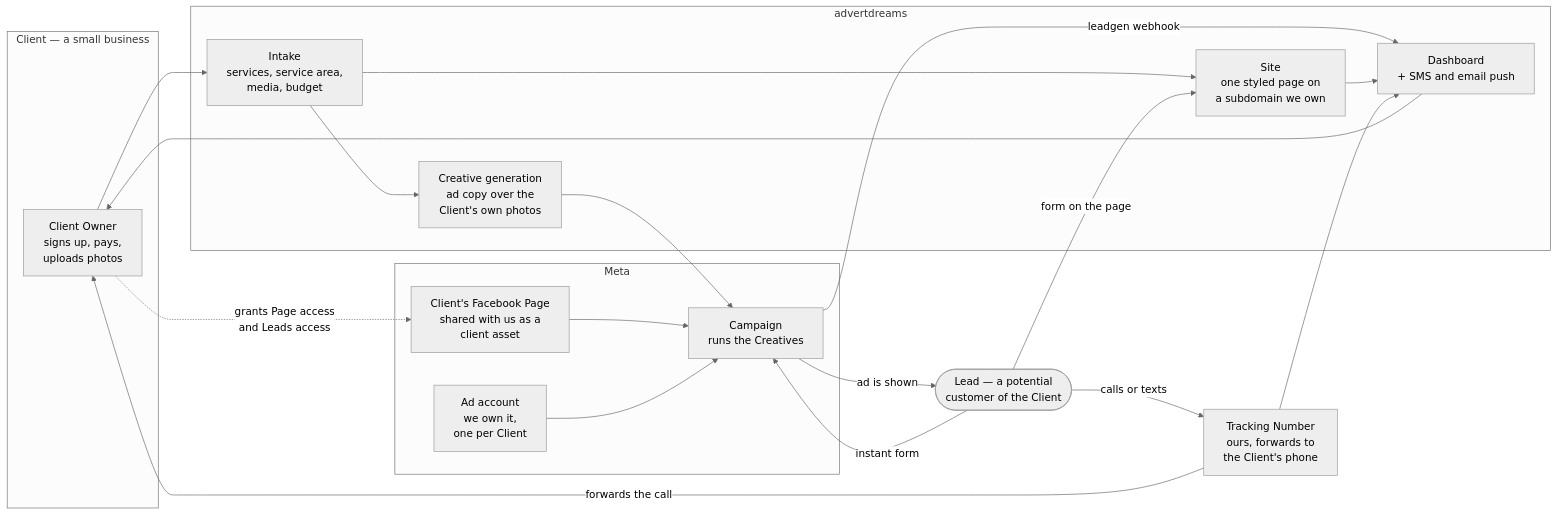
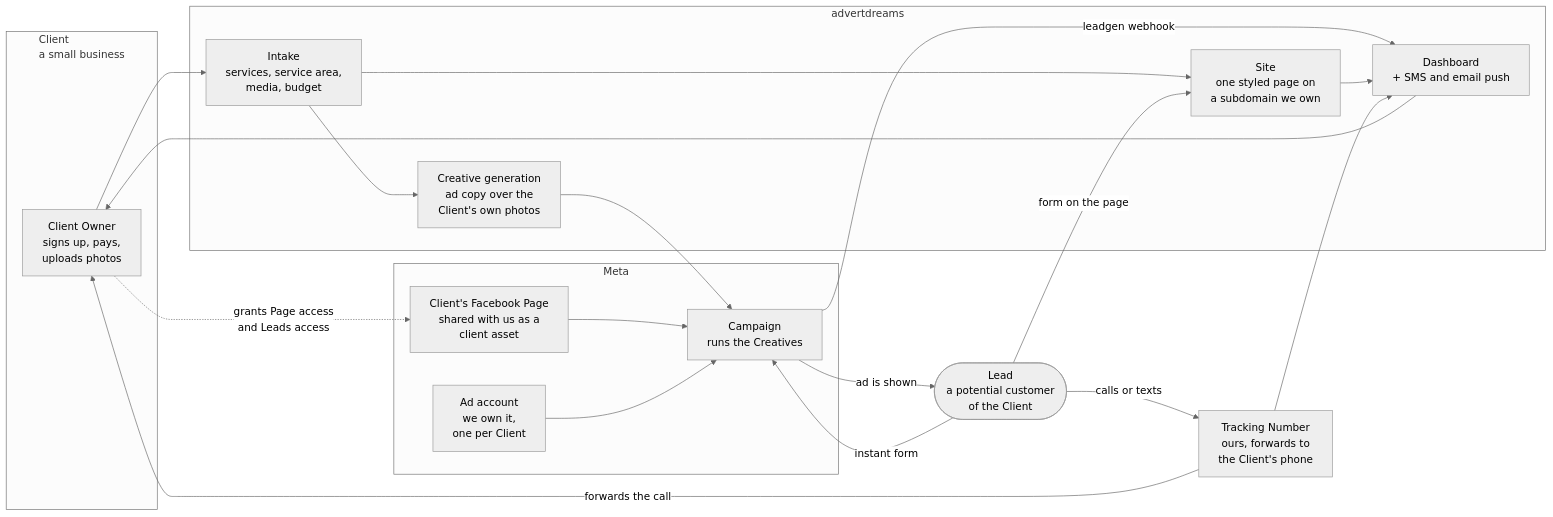
The diagram in README.md (TempleZide/advertdreams), drawn with Mermaid (neutral theme) before and after one commit. The commit also changed other lines of this file and 9 other files, not shown here.

````diff
--- a/README.md
+++ b/README.md
@@ -11,41 +11,41 @@
 ```mermaid
 flowchart LR
-    subgraph client["Client — a small business"]
+    subgraph client["Client<br/>a small business"]
         owner["Client Owner<br/>signs up, pays,<br/>uploads photos"]
     end
 
     subgraph advertdreams["advertdreams"]
         intake["Intake<br/>services, service area,<br/>media, budget"]
         creative["Creative generation<br/>ad copy over the<br/>Client's own photos"]
         site["Site<br/>one styled page on<br/>a subdomain we own"]
         dash["Dashboard<br/>+ SMS and email push"]
     end
 
     subgraph meta["Meta"]
         page["Client's Facebook Page<br/>shared with us as a<br/>client asset"]
         acct["Ad account<br/>we own it,<br/>one per Client"]
         camp["Campaign<br/>runs the Creatives"]
     end
 
     phone["Tracking Number<br/>ours, forwards to<br/>the Client's phone"]
-    lead(["Lead — a potential<br/>customer of the Client"])
+    lead(["Lead<br/>a potential customer<br/>of the Client"])
 
     owner --> intake
     owner -. "grants Page access<br/>and Leads access" .-> page
     intake --> creative
     intake --> site
     creative --> camp
     page --> camp
     acct --> camp
 
     camp -- "ad is shown" --> lead
     lead -- "instant form" --> camp
     lead -- "form on the page" --> site
     lead -- "calls or texts" --> phone
     phone -- "forwards the call" --> owner
 
     camp -- "leadgen webhook" --> dash
     site --> dash
     phone --> dash
     dash --> owner
 ```
````
